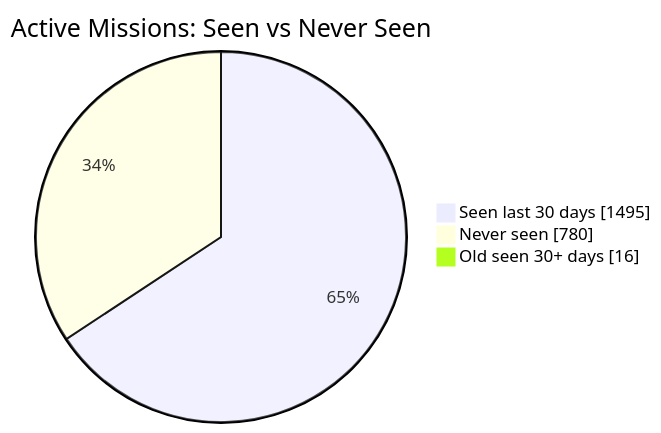
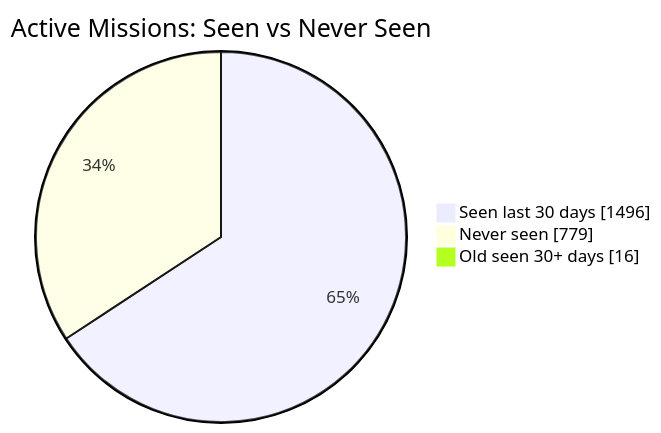
The first of 2 diagrams in README.md (MeldkamerspelGameTeam/active-missions), drawn with Mermaid before and after one commit. The commit also changed other lines of this file and 2 other files, not shown here.

````diff
--- a/README.md
+++ b/README.md
@@ -34,7 +34,7 @@
 ```mermaid
 pie showData
     title Active Missions: Seen vs Never Seen
-    "Seen last 30 days" : 1495
-    "Never seen" : 780
+    "Seen last 30 days" : 1496
+    "Never seen" : 779
     "Old seen 30+ days" : 16
 ```
````
